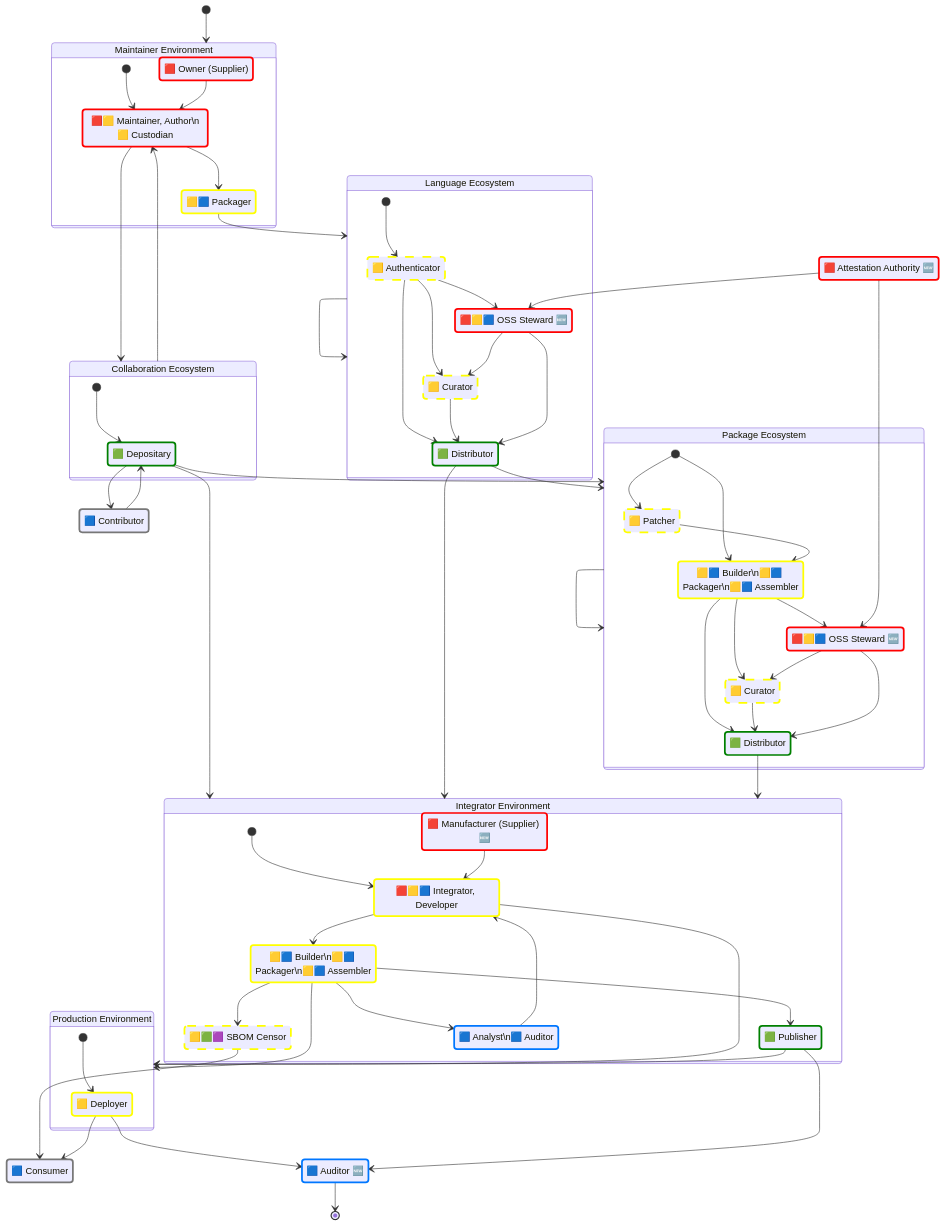
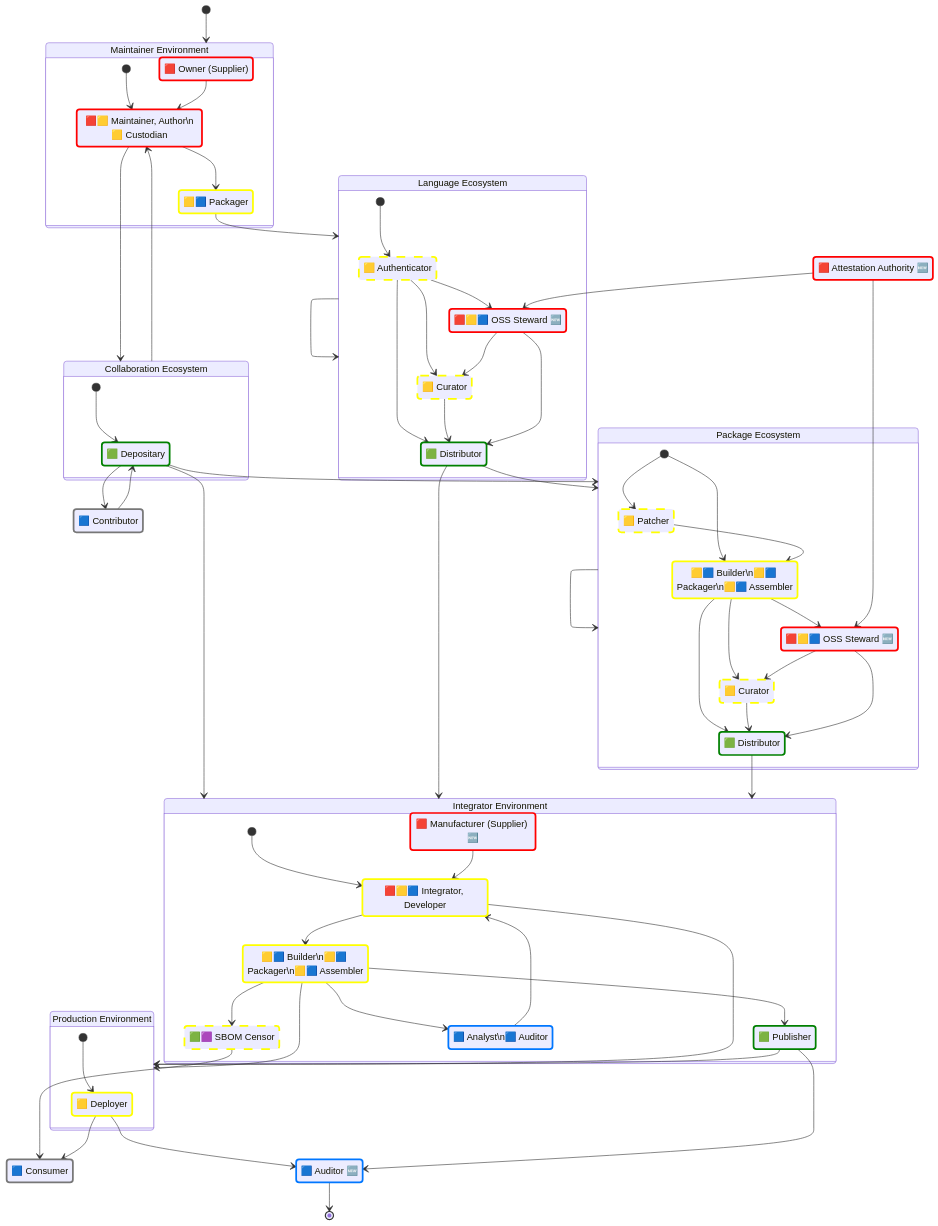
One commit to CPAN-Security/security.metacpan.org changed the third of 3 diagrams in docs/supplychain-sbom.md. Above: the diagram before and after it, drawn with Mermaid. The commit also changed other lines of this file, not shown here.

First line of the commit message:
Add a basic graph to introduce the simplest kind of OSS supply-chain; and more!

```diff
--- a/docs/supplychain-sbom.md
+++ b/docs/supplychain-sbom.md
@@ -167,7 +229,7 @@
     state "🟥 Manufacturer (Supplier) 🆕" as integrator_owner
     state "🟥🟨🟦 Integrator, Developer" as integrator_developer
     state "🟨🟦 Builder\n🟨🟦 Packager\n🟨🟦 Assembler" as integrator_builder
-    state "🟨🟩🟪 SBOM Censor" as integrator_censor
+    state "🟩🟪 SBOM Censor" as integrator_censor
     state "🟩 Publisher" as integrator_publisher
     state "🟦 Analyst\n🟦 Auditor" as integrator_analyst
 
```
